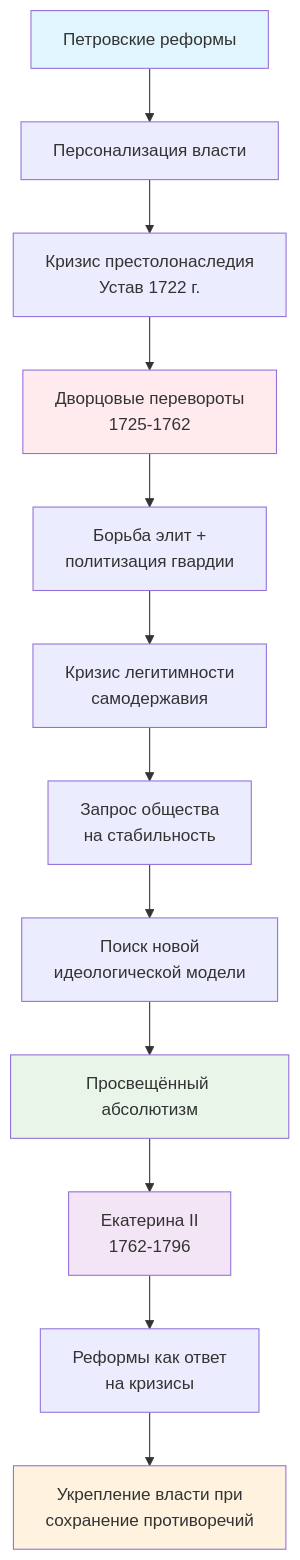
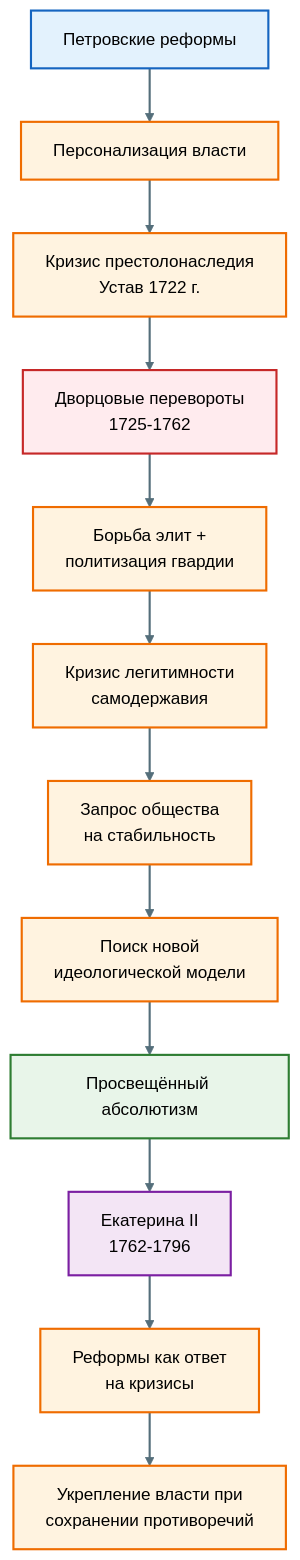
Before and after one commit to l1234-tech/pr-absolutism: the diagram in src/docs/index.md, drawn with Mermaid. The commit also changed other lines of this file and 17 other files, not shown here.

````diff
--- a/src/docs/index.md
+++ b/src/docs/index.md
@@ -115,20 +78,30 @@
 ```mermaid
 flowchart TD
-    A[Петровские реформы] --> B[Персонализация власти]
-    B --> C[Кризис престолонаследия<br/>Устав 1722 г.]
-    C --> D[Дворцовые перевороты<br/>1725-1762]
-    D --> E[Борьба элит +<br/>политизация гвардии]
-    E --> F[Кризис легитимности<br/>самодержавия]
-    F --> G[Запрос общества<br/>на стабильность]
-    G --> H[Поиск новой<br/>идеологической модели]
-    H --> I[Просвещённый абсолютизм]
-    I --> J[Екатерина II<br/>1762-1796]
-    J --> K[Реформы как ответ<br/>на кризисы]
-    K --> L[Укрепление власти при<br/>сохранение противоречий]
+A[Петровские реформы] --> B[Персонализация власти]
+B --> C[Кризис престолонаследия<br/>Устав 1722 г.]
+C --> D[Дворцовые перевороты<br/>1725-1762]
+D --> E[Борьба элит +<br/>политизация гвардии]
+E --> F[Кризис легитимности<br/>самодержавия]
+F --> G[Запрос общества<br/>на стабильность]
+G --> H[Поиск новой<br/>идеологической модели]
+H --> I[Просвещённый абсолютизм]
+I --> J[Екатерина II<br/>1762-1796]
+J --> K[Реформы как ответ<br/>на кризисы]
+K --> L[Укрепление власти при<br/>сохранении противоречий]
     
-    style A fill:#e1f5fe
-    style D fill:#ffebee
-    style I fill:#e8f5e8
-    style J fill:#f3e5f5
-    style L fill:#fff3e0
+style A fill:#e3f2fd,stroke:#1565c0,stroke-width:2px,color:#000000
+style B fill:#fff3e0,stroke:#ef6c00,stroke-width:2px,color:#000000
+style C fill:#fff3e0,stroke:#ef6c00,stroke-width:2px,color:#000000
+style D fill:#ffebee,stroke:#c62828,stroke-width:2px,color:#000000
+style E fill:#fff3e0,stroke:#ef6c00,stroke-width:2px,color:#000000
+style F fill:#fff3e0,stroke:#ef6c00,stroke-width:2px,color:#000000
+style G fill:#fff3e0,stroke:#ef6c00,stroke-width:2px,color:#000000
+style H fill:#fff3e0,stroke:#ef6c00,stroke-width:2px,color:#000000
+style I fill:#e8f5e9,stroke:#2e7d32,stroke-width:2px,color:#000000
+style J fill:#f3e5f5,stroke:#7b1fa2,stroke-width:2px,color:#000000
+style K fill:#fff3e0,stroke:#ef6c00,stroke-width:2px,color:#000000
+style L fill:#fff3e0,stroke:#ef6c00,stroke-width:2px,color:#000000
+
+%% Стили для стрелок, чтобы их было видно на темном фоне
+linkStyle default stroke:#546e7a,stroke-width:2px;
 ```
````
